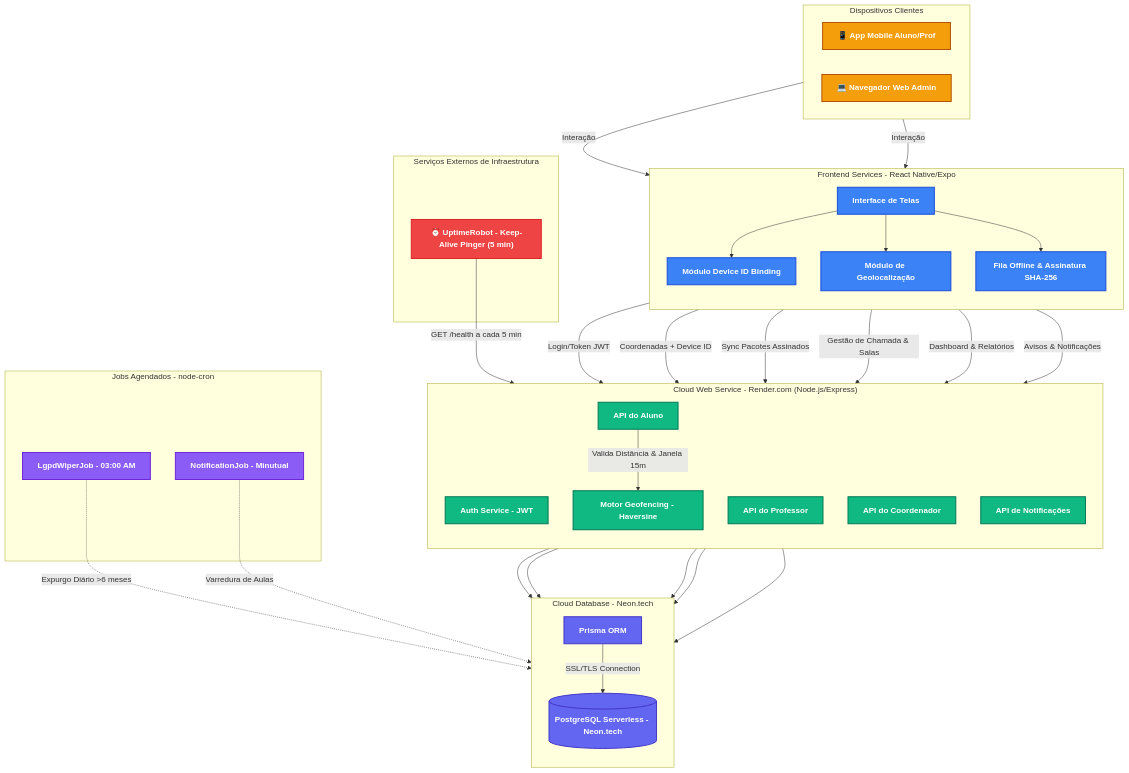
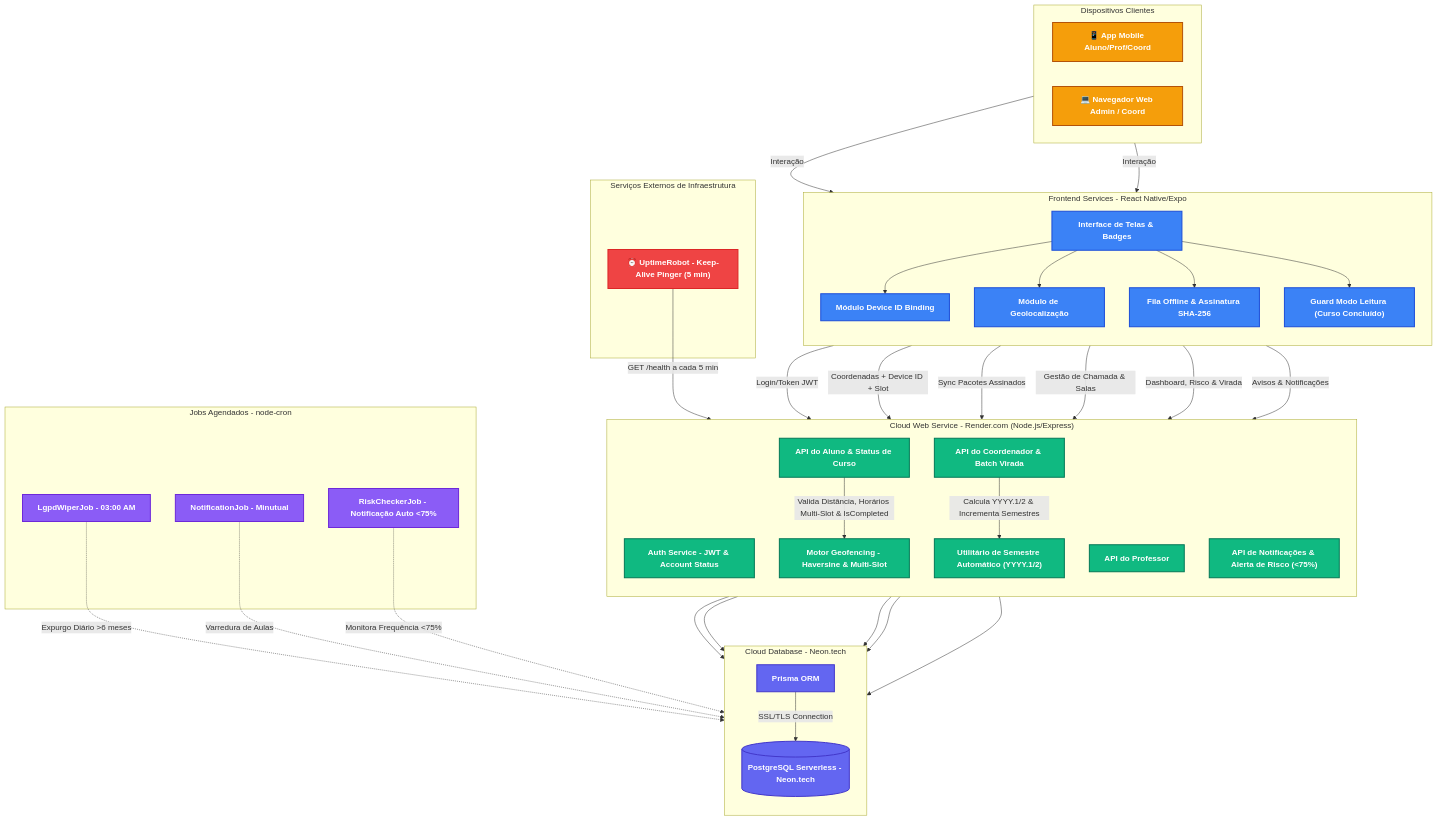
One commit to caneschi-lais/geoclass changed the diagram in README.md. Above: the diagram before and after it, drawn with Mermaid. The commit also changed other lines of this file and 38 other files, not shown here.

Commit message:
feat: implement coordinator semesters screen and supporting mobile components and backend services

````diff
--- a/README.md
+++ b/README.md
@@ -170,5 +170,6 @@
 ```mermaid
 flowchart TD
+    %% Estilização Personalizada
     classDef external fill:#ef4444,stroke:#dc2626,stroke-width:2px,color:#fff,font-weight:bold
     classDef client fill:#f59e0b,stroke:#b45309,stroke-width:2px,color:#fff,font-weight:bold
     classDef frontend fill:#3b82f6,stroke:#1d4ed8,stroke-width:2px,color:#fff,font-weight:bold
@@ -182,31 +183,34 @@
 
     subgraph Clients ["Dispositivos Clientes"]
         direction LR
-        Mobile["📱 App Mobile Aluno/Prof"]:::client
-        Web["💻 Navegador Web Admin"]:::client
+        Mobile["📱 App Mobile Aluno/Prof/Coord"]:::client
+        Web["💻 Navegador Web Admin / Coord"]:::client
     end
 
     subgraph Frontend ["Frontend Services - React Native/Expo"]
         direction TB
-        UI["Interface de Telas"]:::frontend
+        UI["Interface de Telas & Badges"]:::frontend
         Device["Módulo Device ID Binding"]:::frontend
         GPS["Módulo de Geolocalização"]:::frontend
         OfflineQ["Fila Offline & Assinatura SHA-256"]:::frontend
+        ReadOnlyGuard["Guard Modo Leitura (Curso Concluído)"]:::frontend
     end
 
     subgraph Backend ["Cloud Web Service - Render.com (Node.js/Express)"]
         direction TB
-        Auth["Auth Service - JWT"]:::backend
-        GeoEngine["Motor Geofencing - Haversine"]:::backend
-        StudentAPI["API do Aluno"]:::backend
+        Auth["Auth Service - JWT & Account Status"]:::backend
+        GeoEngine["Motor Geofencing - Haversine & Multi-Slot"]:::backend
+        StudentAPI["API do Aluno & Status de Curso"]:::backend
         ProfAPI["API do Professor"]:::backend
-        CoordAPI["API do Coordenador"]:::backend
-        NotifAPI["API de Notificações"]:::backend
+        CoordAPI["API do Coordenador & Batch Virada"]:::backend
+        NotifAPI["API de Notificações & Alerta de Risco (<75%)"]:::backend
+        SemUtil["Utilitário de Semestre Automático (YYYY.1/2)"]:::backend
     end
 
     subgraph Background ["Jobs Agendados - node-cron"]
         CronLGPD["LgpdWiperJob - 03:00 AM"]:::job
         CronNotif["NotificationJob - Minutual"]:::job
+        RiskJob["RiskCheckerJob - Notificação Auto <75%"]:::job
     end
 
     subgraph Persistence ["Cloud Database - Neon.tech"]
@@ -226,17 +230,19 @@
     UI --> Device
     UI --> GPS
     UI --> OfflineQ
+    UI --> ReadOnlyGuard
 
     %% Comunicação Frontend -> Render API
     UI -->|Login/Token JWT| Auth
-    GPS -->|Coordenadas + Device ID| StudentAPI
+    GPS -->|Coordenadas + Device ID + Slot| StudentAPI
     OfflineQ -->|Sync Pacotes Assinados| StudentAPI
     UI -->|Gestão de Chamada & Salas| ProfAPI
-    UI -->|Dashboard & Relatórios| CoordAPI
+    UI -->|Dashboard, Risco & Virada| CoordAPI
     UI -->|Avisos & Notificações| NotifAPI
 
     %% Fluxos Internos do Backend
-    StudentAPI -->|Valida Distância & Janela 15m| GeoEngine
+    StudentAPI -->|Valida Distância, Horários Multi-Slot & IsCompleted| GeoEngine
+    CoordAPI -->|Calcula YYYY.1/2 & Incrementa Semestres| SemUtil
     Auth --> ORM
     StudentAPI --> ORM
     ProfAPI --> ORM
@@ -249,4 +255,5 @@
     %% Jobs Background
     CronLGPD -.->|Expurgo Diário >6 meses| DB
     CronNotif -.->|Varredura de Aulas| DB
+    RiskJob -.->|Monitora Frequência <75%| DB
 ```
````
